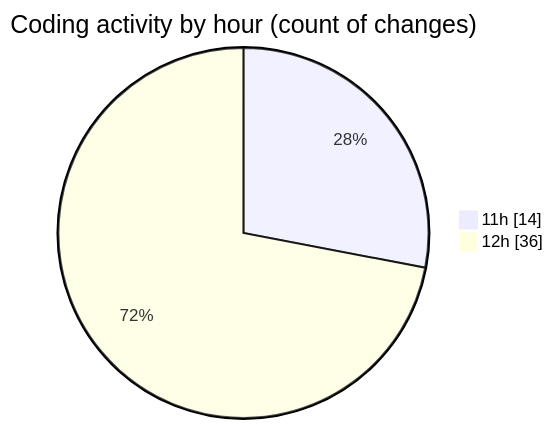
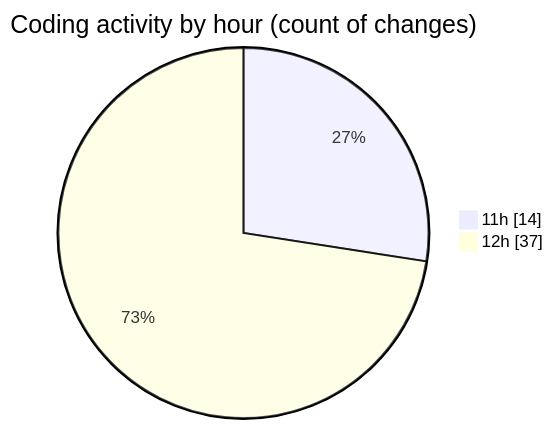
One commit to nxtqubesakshisongat/code-tracking changed the second of 2 diagrams in 2025-08-28/nxtqube_webapp/README.md. Above: the diagram before and after it, drawn with Mermaid. The commit also changed other lines of this file and 1 other file, not shown here.

````diff
--- a/2025-08-28/nxtqube_webapp/README.md
+++ b/2025-08-28/nxtqube_webapp/README.md
@@ -34,6 +34,6 @@
 ```mermaid
 pie showData
 title Coding activity by hour (count of changes)
 "11h" : 14
-"12h" : 36
+"12h" : 37
 ```
````
